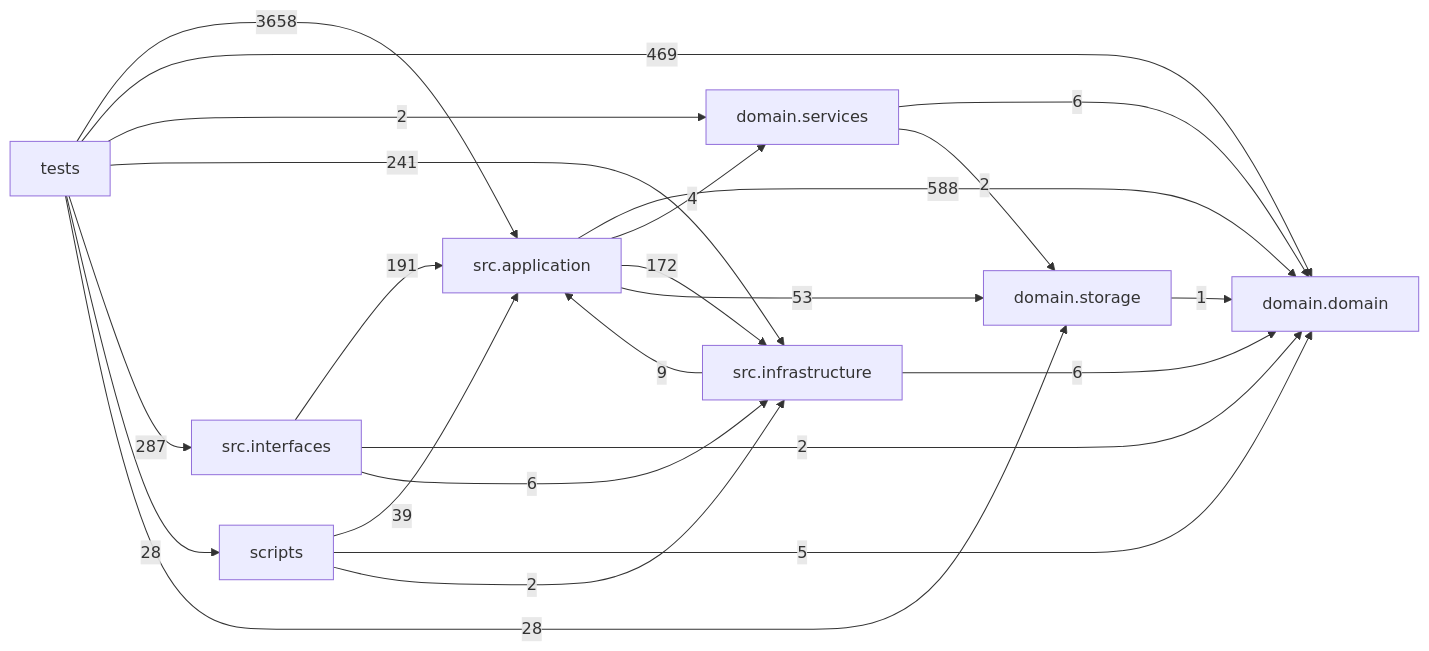
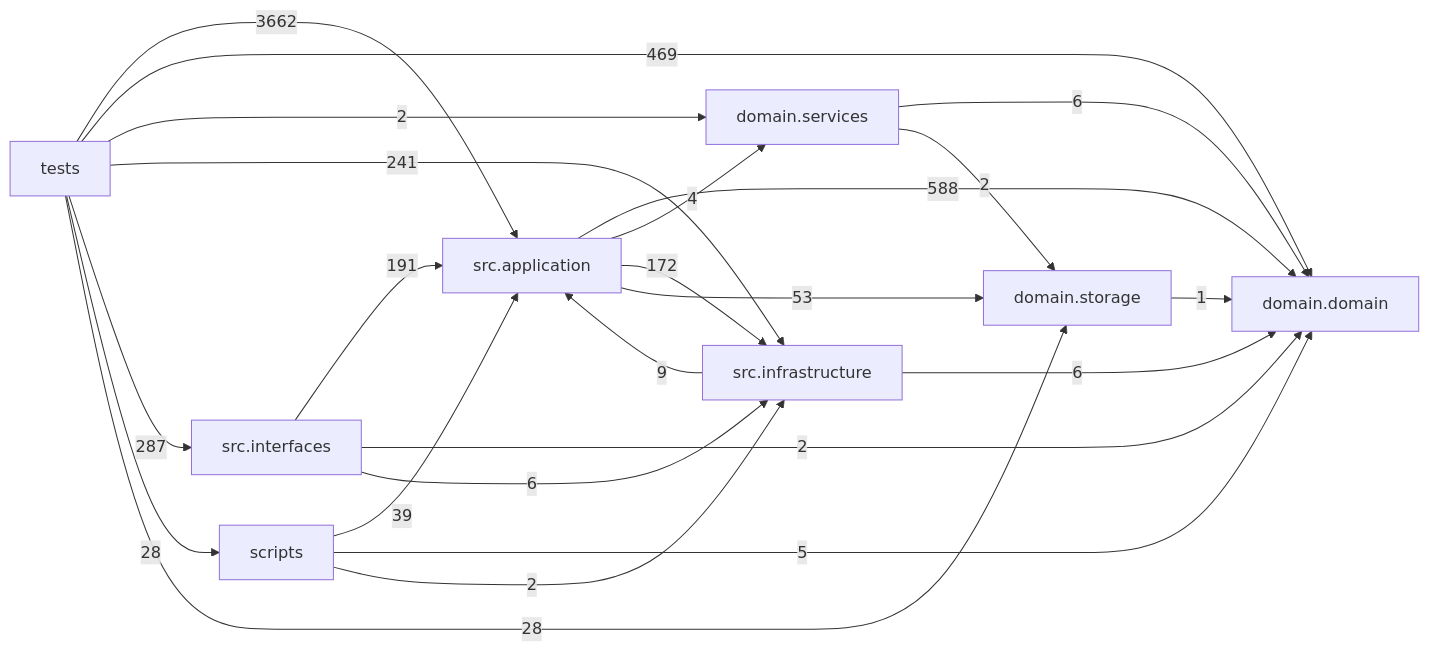
Before and after one commit to liuxie066/options-monitor: the diagram in docs/DEPENDENCY_GRAPH.md, drawn with Mermaid. The commit also changed other lines of this file, not shown here.

Commit message:
docs(graph): record wheel confirmation test imports

````diff
--- a/docs/DEPENDENCY_GRAPH.md
+++ b/docs/DEPENDENCY_GRAPH.md
@@ -24,33 +24,33 @@
 ```mermaid
 flowchart LR
   tests["tests"]
   scripts["scripts"]
   interfaces["src.interfaces"]
   application["src.application"]
   infrastructure["src.infrastructure"]
   domain_services["domain.services"]
   domain["domain.domain"]
   storage["domain.storage"]
   application -->|588| domain
   application -->|4| domain_services
   application -->|172| infrastructure
   application -->|53| storage
   domain_services -->|6| domain
   domain_services -->|2| storage
   infrastructure -->|9| application
   infrastructure -->|6| domain
   interfaces -->|191| application
   interfaces -->|2| domain
   interfaces -->|6| infrastructure
   scripts -->|39| application
   scripts -->|5| domain
   scripts -->|2| infrastructure
   storage -->|1| domain
-  tests -->|3658| application
+  tests -->|3662| application
   tests -->|469| domain
   tests -->|2| domain_services
   tests -->|241| infrastructure
   tests -->|287| interfaces
   tests -->|28| scripts
   tests -->|28| storage
 ```
````
